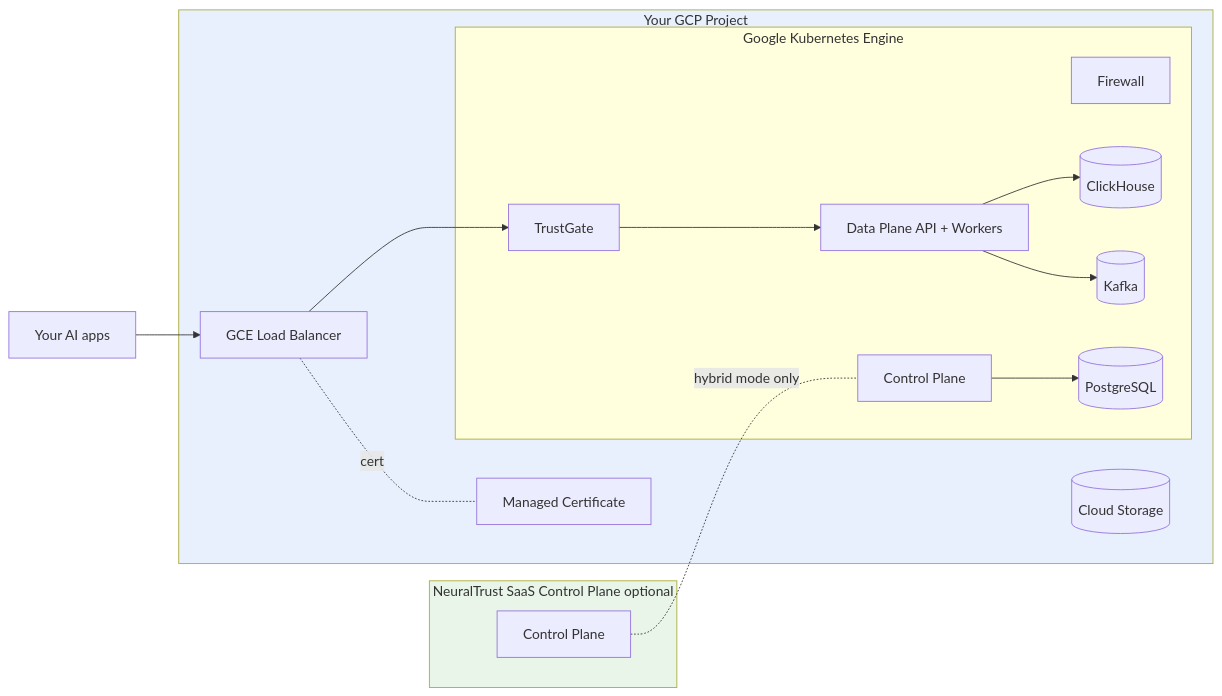
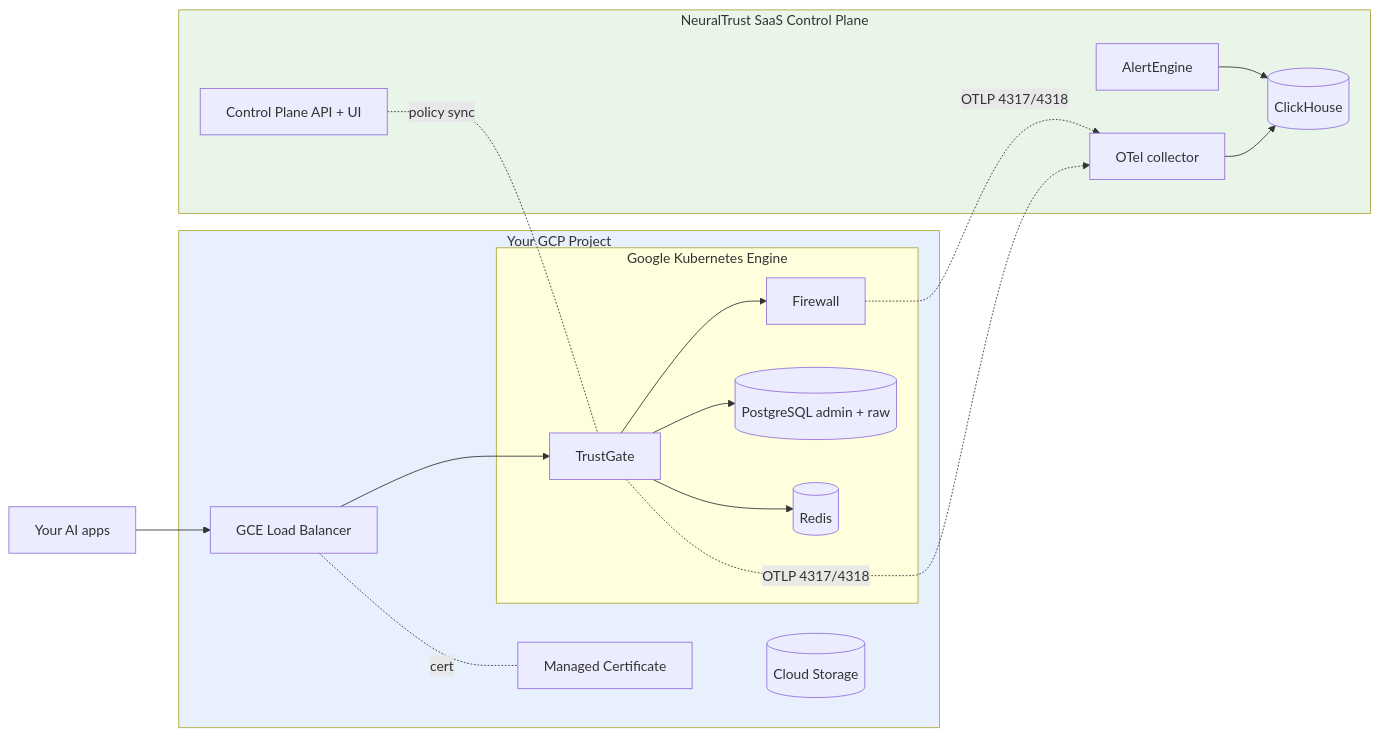
The diagram in neuraltrust/deployment/gcp/overview.mdx (NeuralTrust/docs), drawn with Mermaid before and after one commit. The commit also changed other lines of this file and 26 other files, not shown here.

````diff
--- a/neuraltrust/deployment/gcp/overview.mdx
+++ b/neuraltrust/deployment/gcp/overview.mdx
@@ -59,33 +56,35 @@
 ```mermaid
 flowchart LR
-    subgraph NT[NeuralTrust SaaS Control Plane optional]
-        Portal[Control Plane]
+    subgraph NT[NeuralTrust SaaS Control Plane]
+        Portal[Control Plane API + UI]
+        OTEL[OTel collector]
+        CH[(ClickHouse)]
+        AE[AlertEngine]
     end
 
     subgraph GCP[Your GCP Project]
         subgraph GKE[Google Kubernetes Engine]
             TG[TrustGate]
-            CP[Control Plane]
-            DP[Data Plane API + Workers]
             FW[Firewall]
-            CH[(ClickHouse)]
-            KAF[(Kafka)]
-            PG[(PostgreSQL)]
+            PG[(PostgreSQL admin + raw)]
+            RD[(Redis)]
         end
         LB[GCE Load Balancer]
         MC[Managed Certificate]
         GCS[(Cloud Storage)]
     end
 
     Apps[Your AI apps] --> LB --> TG
-    TG --> DP
-    DP --> CH
-    DP --> KAF
-    CP --> PG
+    TG --> FW
+    TG --> PG
+    TG --> RD
+    TG -. OTLP 4317/4318 .-> OTEL
+    FW -. OTLP 4317/4318 .-> OTEL
+    OTEL --> CH
+    AE --> CH
+    Portal -. policy sync .- TG
     LB -. cert .- MC
-
-    Portal -. hybrid mode only .- CP
 
     style GCP fill:#e8f0fe
     style NT fill:#e8f5e8
 ```
````
